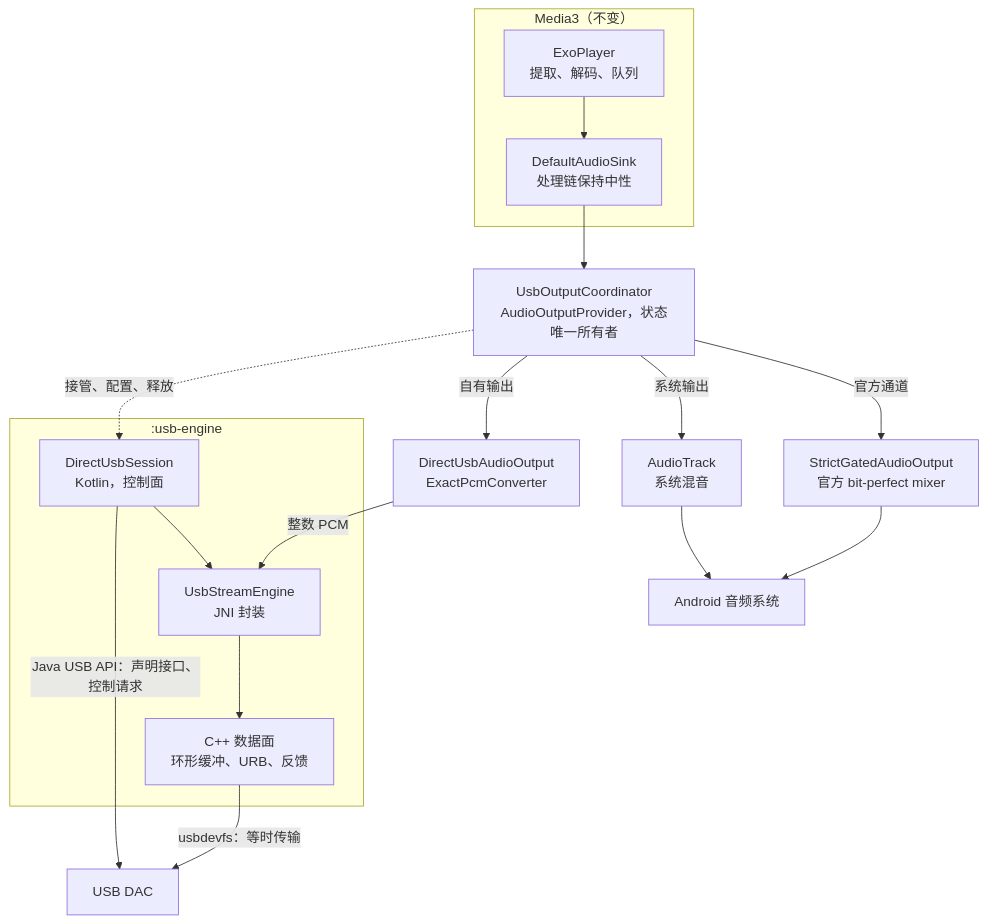
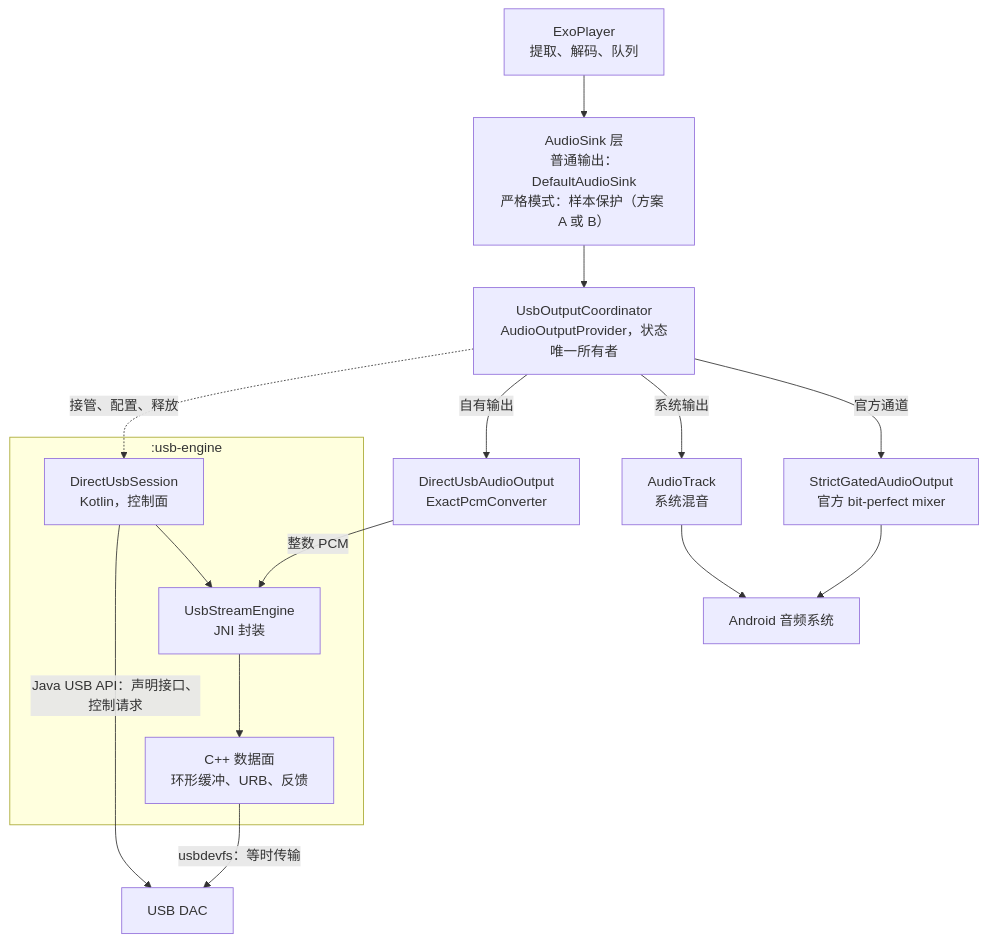
The first of 4 diagrams in docs/M7_USB_ARCHITECTURE.md (Sumire-no-kai/Vesqen), drawn with Mermaid before and after one commit. The commit also changed other lines of this file and 4 other files, not shown here.

First line of the commit message:
docs(m7): revise the USB architecture after review

````diff
--- a/docs/M7_USB_ARCHITECTURE.md
+++ b/docs/M7_USB_ARCHITECTURE.md
@@ -16,25 +17,23 @@
 ```mermaid
 flowchart TD
-    subgraph M3["Media3（不变）"]
-        Player["ExoPlayer<br/>提取、解码、队列"] --> Sink["DefaultAudioSink<br/>处理链保持中性"]
-    end
-    Sink --> Coordinator["UsbOutputCoordinator<br/>AudioOutputProvider，状态唯一所有者"]
+    Player["ExoPlayer<br/>提取、解码、队列"] --> Guard["AudioSink 层<br/>普通输出：DefaultAudioSink<br/>严格模式：样本保护（方案 A 或 B）"]
+    Guard --> Coordinator["UsbOutputCoordinator<br/>AudioOutputProvider，状态唯一所有者"]
     Coordinator -->|系统输出| Track["AudioTrack<br/>系统混音"]
     Coordinator -->|官方通道| Gated["StrictGatedAudioOutput<br/>官方 bit-perfect mixer"]
     Coordinator -->|自有输出| Direct["DirectUsbAudioOutput<br/>ExactPcmConverter"]
     Coordinator -.->|接管、配置、释放| Session
 
     subgraph Engine[":usb-engine"]
         Session["DirectUsbSession<br/>Kotlin，控制面"]
         Stream["UsbStreamEngine<br/>JNI 封装"]
         Native["C++ 数据面<br/>环形缓冲、URB、反馈"]
         Session --> Stream
         Stream --> Native
     end
 
     Direct -->|整数 PCM| Stream
     Session -->|Java USB API：声明接口、控制请求| DAC["USB DAC"]
     Native -->|usbdevfs：等时传输| DAC
     Track --> Android["Android 音频系统"]
     Gated --> Android
 ```
````
